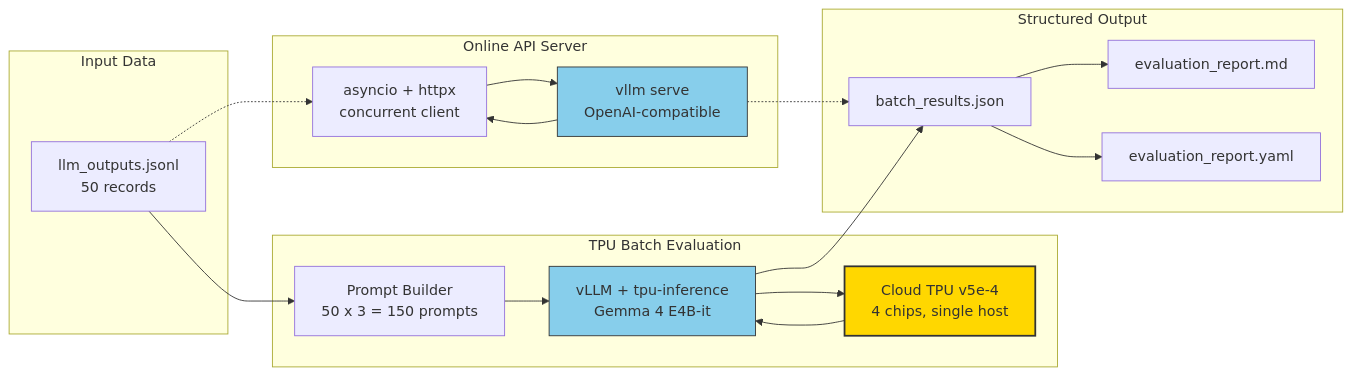
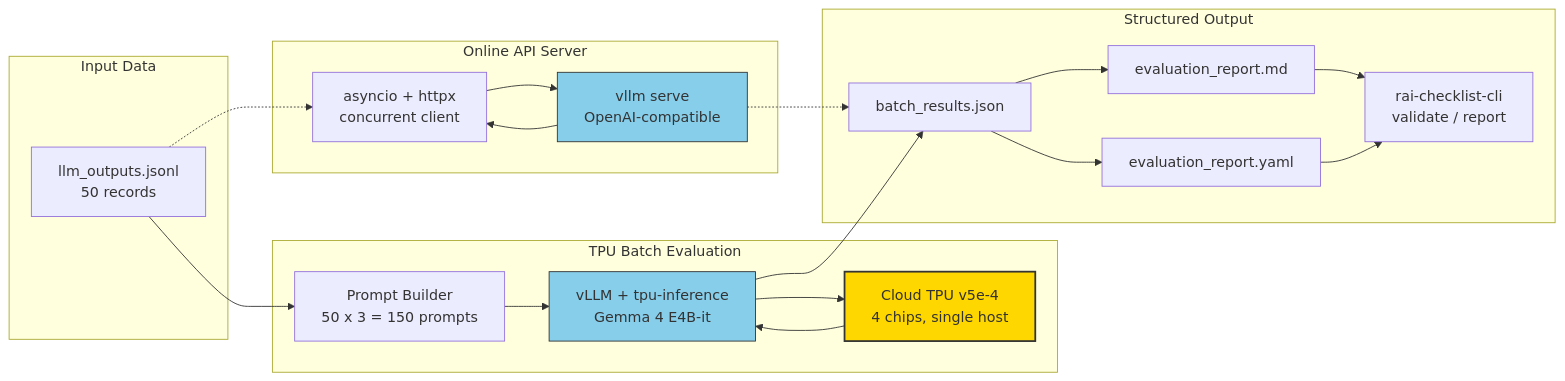
One commit to ByteanAtomResearch/compliance-at-scale-tpu changed the diagram in README.md. Above: the diagram before and after it, drawn with Mermaid. The commit also changed other lines of this file and 2 other files, not shown here.

First line of the commit message:
docs: clarify rai-checklist-cli context and close the integration seam

````diff
--- a/README.md
+++ b/README.md
@@ -22,39 +24,42 @@
 ```mermaid
 flowchart LR
     subgraph Input[Input Data]
         JSONL[llm_outputs.jsonl<br/>50 records]
     end
 
     subgraph Eval[TPU Batch Evaluation]
         PROMPTS[Prompt Builder<br/>50 x 3 = 150 prompts]
         VLLM[vLLM + tpu-inference<br/>Gemma 4 E4B-it]
         TPU[Cloud TPU v5e-4<br/>4 chips, single host]
         VLLM --> TPU
         TPU --> VLLM
     end
 
     subgraph Output[Structured Output]
         JSON[batch_results.json]
         MD[evaluation_report.md]
         YAML[evaluation_report.yaml]
+        RAI[rai-checklist-cli<br/>validate / report]
     end
 
     subgraph Serve[Online API Server]
         SERVER[vllm serve<br/>OpenAI-compatible]
         CLIENT[asyncio + httpx<br/>concurrent client]
         CLIENT --> SERVER
         SERVER --> CLIENT
     end
 
     JSONL --> PROMPTS
     PROMPTS --> VLLM
     VLLM --> JSON
     JSON --> MD
     JSON --> YAML
+    MD --> RAI
+    YAML --> RAI
     JSONL -.-> CLIENT
     SERVER -.-> JSON
 
     style TPU fill:#ffd700,stroke:#333,stroke-width:2px
     style VLLM fill:#87ceeb,stroke:#333
     style SERVER fill:#87ceeb,stroke:#333
 ```
````
